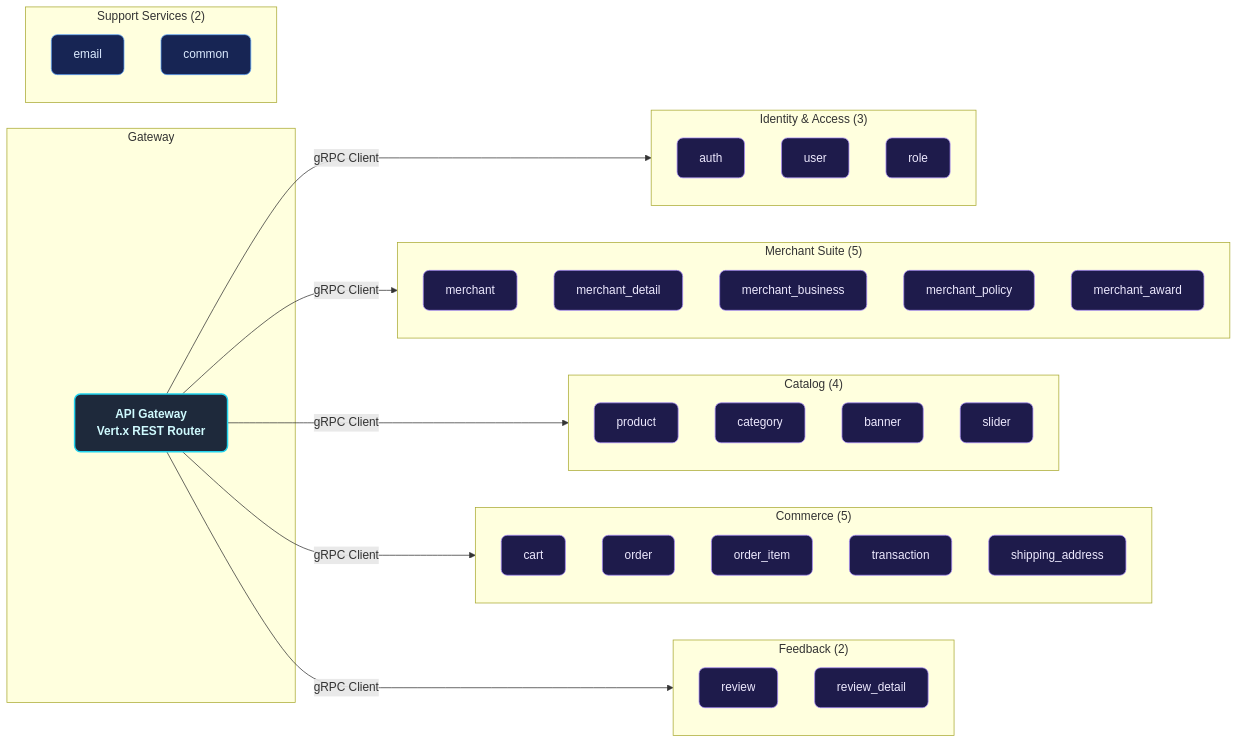
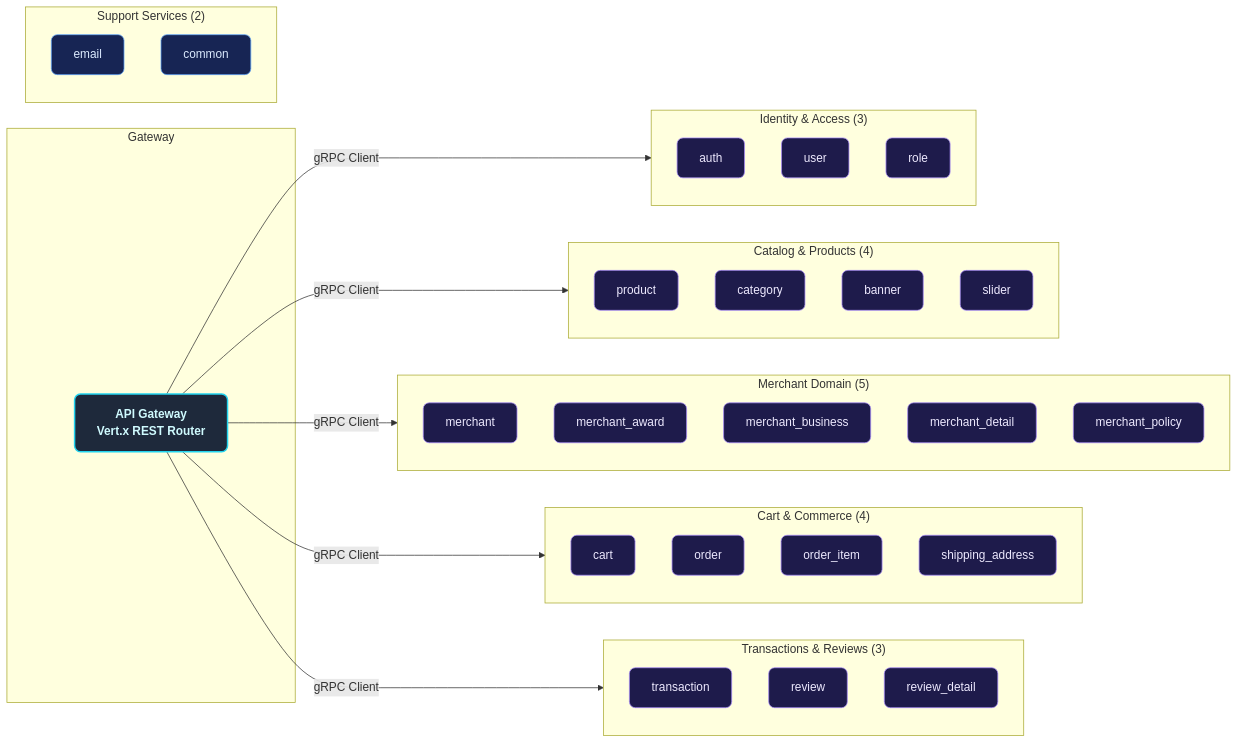
The second of 8 diagrams in README.md (MamangRust/modular-monolith-vertx-ecommerce), drawn with Mermaid before and after one commit. The commit also changed other lines of this file, not shown here.

Commit message:
docs: update README documentation and architecture diagram to reflect service structure and tech stack refinements

````diff
--- a/README.md
+++ b/README.md
@@ -157,55 +241,55 @@
 ```mermaid
 graph LR
     classDef svc fill:#1e1b4b,stroke:#a78bfa,color:#ede9fe,stroke-width:1px,rx:8
     classDef gw fill:#1e293b,stroke:#22d3ee,color:#cffafe,stroke-width:2px,rx:8,font-weight:bold
     classDef support fill:#172554,stroke:#60a5fa,color:#dbeafe,stroke-width:1px,rx:8
 
     subgraph Gateway
         API["API Gateway<br/>Vert.x REST Router"]:::gw
     end
 
     subgraph Identity["Identity & Access (3)"]
         A1["auth"]:::svc
         A2["user"]:::svc
         A3["role"]:::svc
     end
 
-    subgraph Merchant["Merchant Suite (5)"]
-        M1["merchant"]:::svc
-        M2["merchant_detail"]:::svc
-        M3["merchant_business"]:::svc
-        M4["merchant_policy"]:::svc
-        M5["merchant_award"]:::svc
-    end
-
-    subgraph Catalog["Catalog (4)"]
+    subgraph Catalog["Catalog & Products (4)"]
         C1["product"]:::svc
         C2["category"]:::svc
         C3["banner"]:::svc
         C4["slider"]:::svc
     end
 
-    subgraph Commerce["Commerce (5)"]
+    subgraph Merchants["Merchant Domain (5)"]
+        M1["merchant"]:::svc
+        M2["merchant_award"]:::svc
+        M3["merchant_business"]:::svc
+        M4["merchant_detail"]:::svc
+        M5["merchant_policy"]:::svc
+    end
+
+    subgraph Commerce["Cart & Commerce (4)"]
         O1["cart"]:::svc
         O2["order"]:::svc
         O3["order_item"]:::svc
-        O4["transaction"]:::svc
-        O5["shipping_address"]:::svc
+        O4["shipping_address"]:::svc
     end
 
-    subgraph Feedback["Feedback (2)"]
+    subgraph Audits["Transactions & Reviews (3)"]
+        T1["transaction"]:::svc
         R1["review"]:::svc
         R2["review_detail"]:::svc
     end
 
     subgraph Support["Support Services (2)"]
         S1["email"]:::support
         S2["common"]:::support
     end
 
     API -->|"gRPC Client"| Identity
-    API -->|"gRPC Client"| Merchant
     API -->|"gRPC Client"| Catalog
+    API -->|"gRPC Client"| Merchants
     API -->|"gRPC Client"| Commerce
-    API -->|"gRPC Client"| Feedback
+    API -->|"gRPC Client"| Audits
 ```
````
